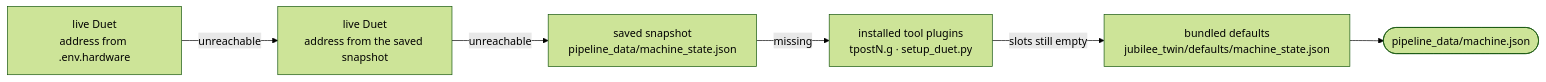
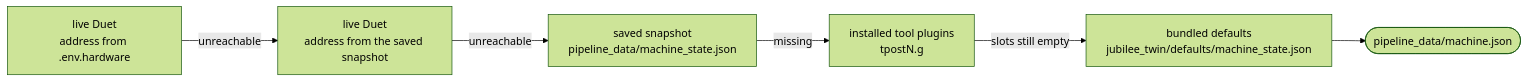
One commit to Jubilee-CSL/jubilee-blender-twin changed the second of 2 diagrams in README.md. Above: the diagram before and after it, drawn with Mermaid (forest theme). The commit also changed other lines of this file and 18 other files, not shown here.

````diff
--- a/README.md
+++ b/README.md
@@ -190,11 +190,11 @@
 ```mermaid
 flowchart LR
   A["live Duet<br/>address from .env.hardware"]
   B["live Duet<br/>address from the saved snapshot"]
   C["saved snapshot<br/>pipeline_data/machine_state.json"]
-  D["installed tool plugins<br/>tpostN.g · setup_duet.py"]
+  D["installed tool plugins<br/>tpostN.g"]
   E["bundled defaults<br/>jubilee_twin/defaults/machine_state.json"]
   OUT(["pipeline_data/machine.json"])
 
   A -->|unreachable| B -->|unreachable| C -->|missing| D -->|slots still empty| E --> OUT
 ```
````
